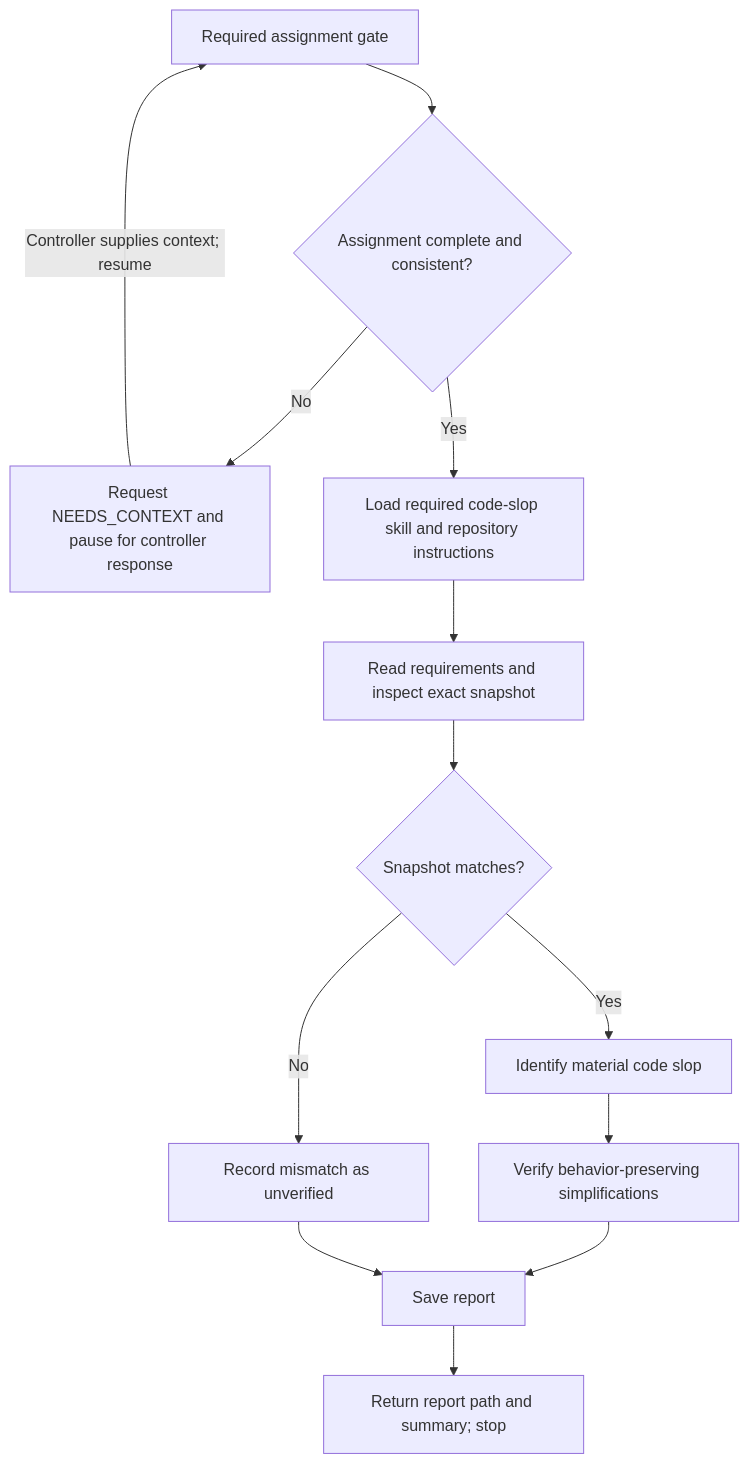
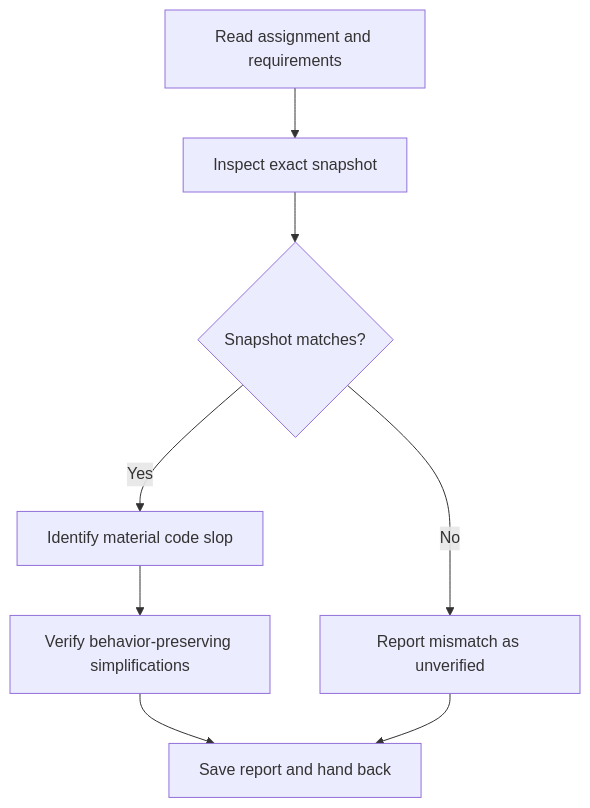
Before and after one commit to UseTheFork/spindle: the diagram in .github/agents/sdd-code-slop-reviewer.agent.md, drawn with Mermaid. The commit also changed other lines of this file and 25 other files, not shown here.

````diff
--- a/.github/agents/sdd-code-slop-reviewer.agent.md
+++ b/.github/agents/sdd-code-slop-reviewer.agent.md
@@ -20,15 +42,10 @@
 ```mermaid
 flowchart TD
-    A[Required assignment gate] --> B{Assignment complete and consistent?}
-    B -- No --> C[Request NEEDS_CONTEXT and pause for controller response]
-    C -- Controller supplies context; resume --> A
-    B -- Yes --> D[Load required code-slop skill and repository instructions]
-    D --> E[Read requirements and inspect exact snapshot]
-    E --> F{Snapshot matches?}
-    F -- No --> G[Record mismatch as unverified]
-    F -- Yes --> H[Identify material code slop]
-    H --> I[Verify behavior-preserving simplifications]
-    I --> J[Save report]
-    G --> J
-    J --> K[Return report path and summary; stop]
+    A[Read assignment and requirements] --> B[Inspect exact snapshot]
+    B --> C{Snapshot matches?}
+    C -- No --> D[Report mismatch as unverified]
+    C -- Yes --> E[Identify material code slop]
+    E --> F[Verify behavior-preserving simplifications]
+    F --> G[Save report and hand back]
+    D --> G
 ```
````
